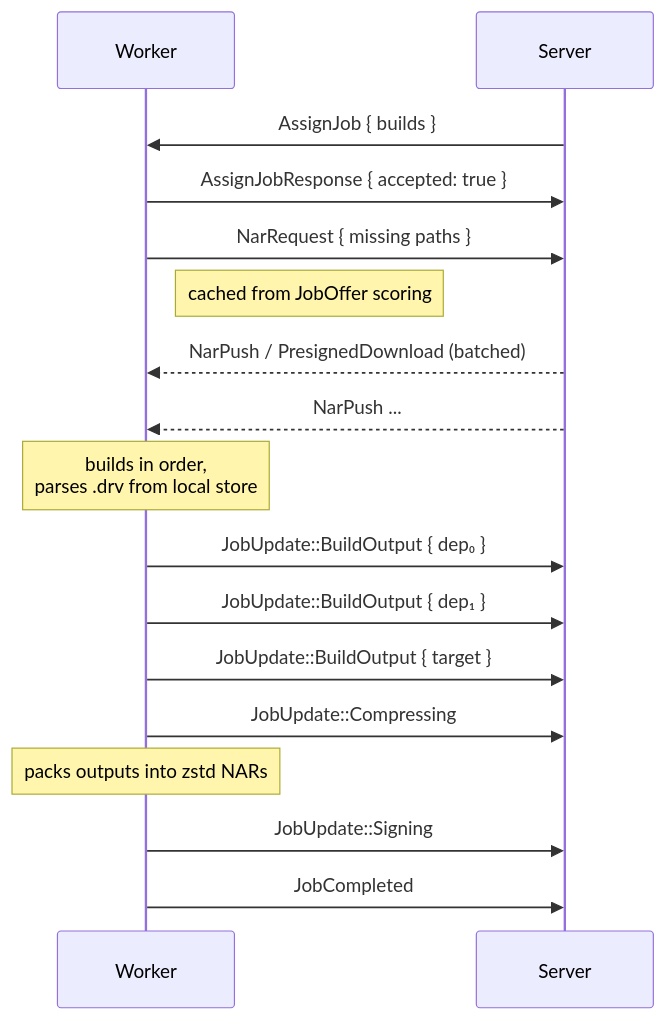
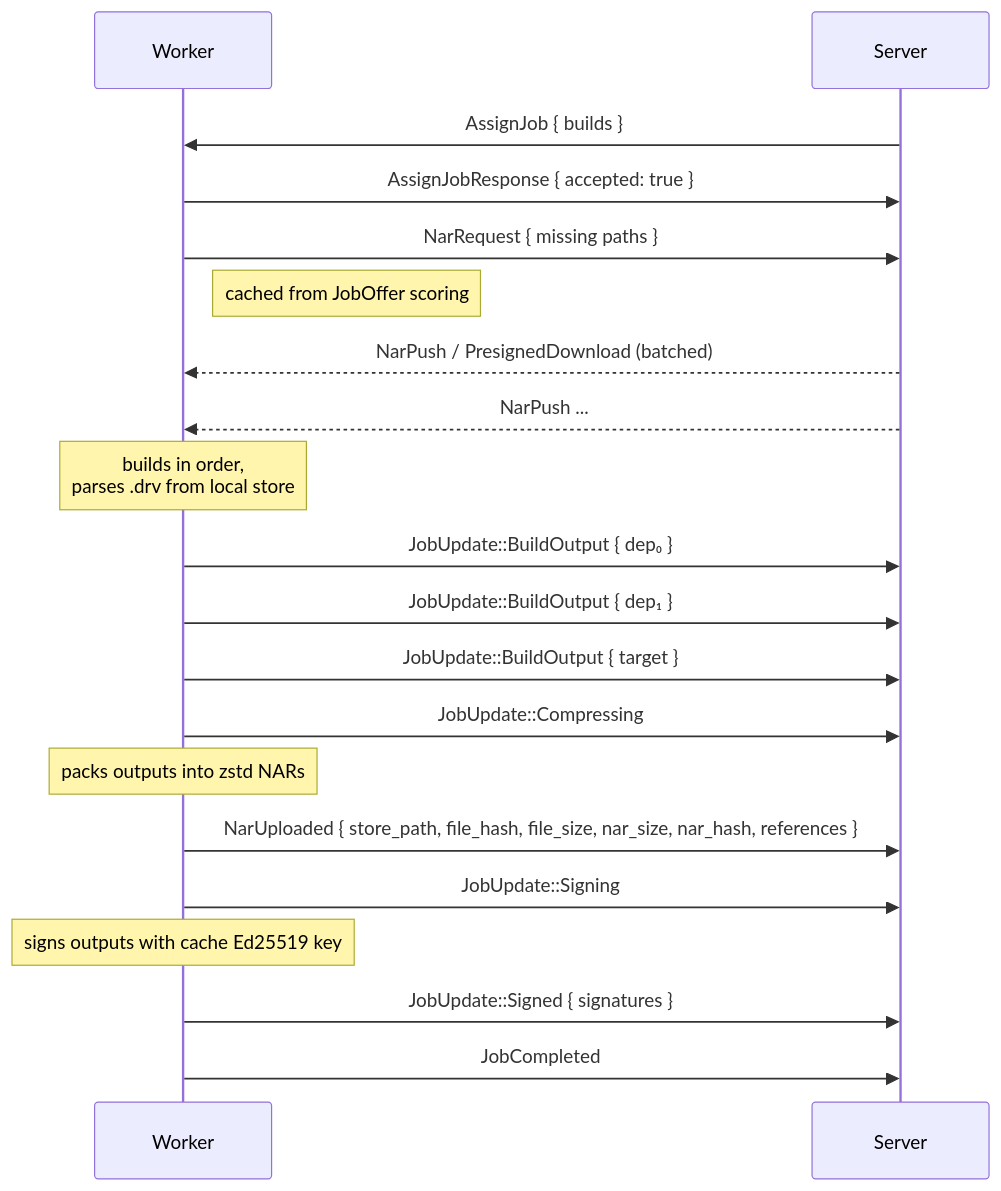
Diagram 16 of 25 in docs/src/development/proto.md (wavelens/gradient), drawn with Mermaid before and after one commit. The commit also changed other lines of this file and 31 other files, not shown here.

````diff
--- a/docs/src/development/proto.md
+++ b/docs/src/development/proto.md
@@ -710,20 +710,23 @@
 ```mermaid
 sequenceDiagram
     participant W as Worker
     participant S as Server
 
     S->>W: AssignJob { builds }
     W->>S: AssignJobResponse { accepted: true }
     W->>S: NarRequest { missing paths }
     Note right of W: cached from JobOffer scoring
     S-->>W: NarPush / PresignedDownload (batched)
     S-->>W: NarPush ...
     Note over W: builds in order,<br/>parses .drv from local store
     W->>S: JobUpdate::BuildOutput { dep₀ }
     W->>S: JobUpdate::BuildOutput { dep₁ }
     W->>S: JobUpdate::BuildOutput { target }
     W->>S: JobUpdate::Compressing
     Note over W: packs outputs into zstd NARs
+    W->>S: NarUploaded { store_path, file_hash, file_size, nar_size, nar_hash, references }
     W->>S: JobUpdate::Signing
+    Note over W: signs outputs with cache Ed25519 key
+    W->>S: JobUpdate::Signed { signatures }
     W->>S: JobCompleted
 ```
````
